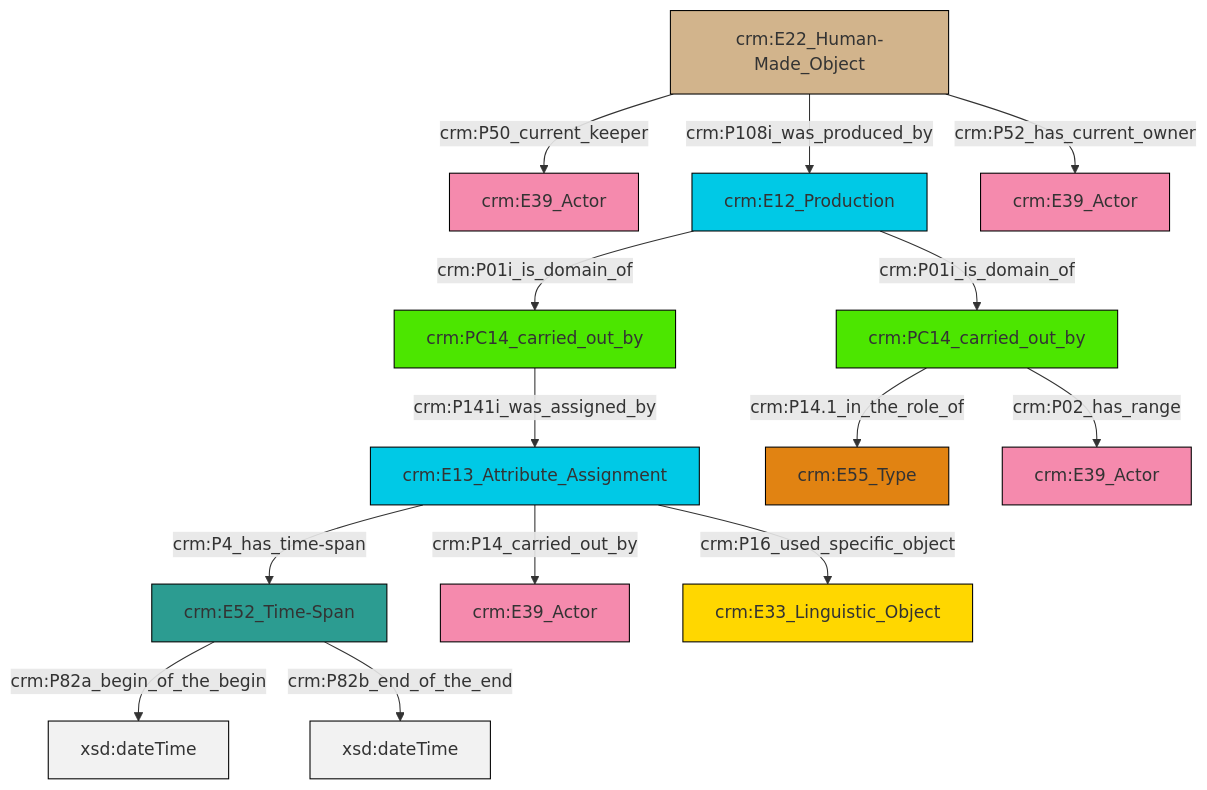
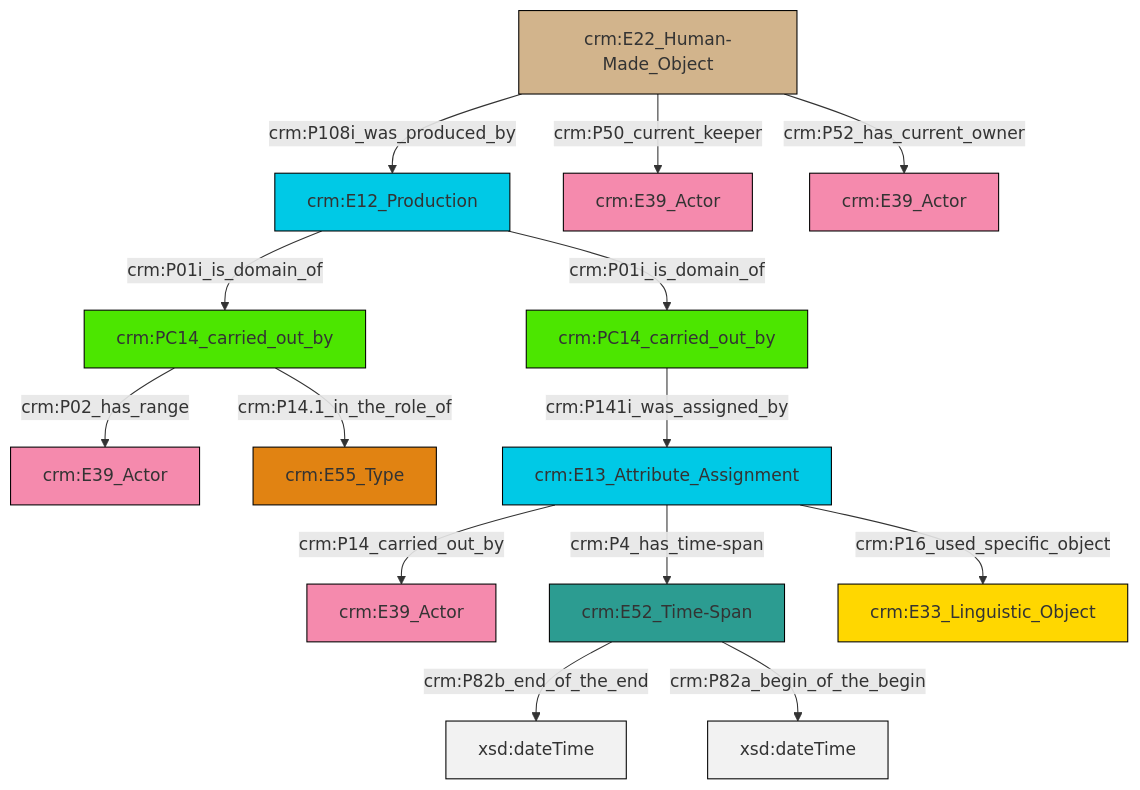
The diagram in et/carrierCSV/ttl/mmd/carrier_relations.ttl.mmd (swiss-art-research-net/docs.swissartresearch), drawn with Mermaid before and after one commit. The commit also changed 175 other files, not shown here.

```diff
--- a/et/carrierCSV/ttl/mmd/carrier_relations.ttl.mmd
+++ b/et/carrierCSV/ttl/mmd/carrier_relations.ttl.mmd
@@ -1,28 +1,28 @@
 graph TD
 classDef Literal fill:#f2f2f2,stroke:#000000;
 classDef CRM_Entity fill:#FFFFFF,stroke:#000000;
 classDef Temporal_Entity fill:#00C9E6, stroke:#000000;
 classDef Type fill:#E18312, stroke:#000000;
 classDef Time-Span fill:#2C9C91, stroke:#000000;
 classDef Appellation fill:#FFEB7F, stroke:#000000;
 classDef Place fill:#008836, stroke:#000000;
 classDef Persistent_Item fill:#B266B2, stroke:#000000;
 classDef Conceptual_Object fill:#FFD700, stroke:#000000;
 classDef Physical_Thing fill:#D2B48C, stroke:#000000;
 classDef Actor fill:#f58aad, stroke:#000000;
 classDef PC_Classes fill:#4ce600, stroke:#000000;
 classDef Multi fill:#cccccc,stroke:#000000;
 
-0["crm:E52_Time-Span"]:::Time-Span -->|crm:P82a_begin_of_the_begin| 1[xsd:dateTime]:::Literal
-4["crm:E13_Attribute_Assignment"]:::Temporal_Entity -->|crm:P14_carried_out_by| 2["crm:E39_Actor"]:::Actor
-8["crm:PC14_carried_out_by"]:::PC_Classes -->|crm:P141i_was_assigned_by| 4["crm:E13_Attribute_Assignment"]:::Temporal_Entity
-9["crm:E22_Human-Made_Object"]:::Physical_Thing -->|crm:P50_current_keeper| 5["crm:E39_Actor"]:::Actor
-10["crm:E12_Production"]:::Temporal_Entity -->|crm:P01i_is_domain_of| 11["crm:PC14_carried_out_by"]:::PC_Classes
-0["crm:E52_Time-Span"]:::Time-Span -->|crm:P82b_end_of_the_end| 12[xsd:dateTime]:::Literal
-10["crm:E12_Production"]:::Temporal_Entity -->|crm:P01i_is_domain_of| 8["crm:PC14_carried_out_by"]:::PC_Classes
-4["crm:E13_Attribute_Assignment"]:::Temporal_Entity -->|crm:P16_used_specific_object| 19["crm:E33_Linguistic_Object"]:::Conceptual_Object
-11["crm:PC14_carried_out_by"]:::PC_Classes -->|crm:P02_has_range| 20["crm:E39_Actor"]:::Actor
-9["crm:E22_Human-Made_Object"]:::Physical_Thing -->|crm:P52_has_current_owner| 13["crm:E39_Actor"]:::Actor
-9["crm:E22_Human-Made_Object"]:::Physical_Thing -->|crm:P108i_was_produced_by| 10["crm:E12_Production"]:::Temporal_Entity
-4["crm:E13_Attribute_Assignment"]:::Temporal_Entity -->|crm:P4_has_time-span| 0["crm:E52_Time-Span"]:::Time-Span
-11["crm:PC14_carried_out_by"]:::PC_Classes -->|crm:P14.1_in_the_role_of| 15["crm:E55_Type"]:::Type
+2["crm:PC14_carried_out_by"]:::PC_Classes -->|crm:P02_has_range| 3["crm:E39_Actor"]:::Actor
+6["crm:E13_Attribute_Assignment"]:::Temporal_Entity -->|crm:P14_carried_out_by| 7["crm:E39_Actor"]:::Actor
+8["crm:E12_Production"]:::Temporal_Entity -->|crm:P01i_is_domain_of| 2["crm:PC14_carried_out_by"]:::PC_Classes
+2["crm:PC14_carried_out_by"]:::PC_Classes -->|crm:P14.1_in_the_role_of| 9["crm:E55_Type"]:::Type
+10["crm:E22_Human-Made_Object"]:::Physical_Thing -->|crm:P108i_was_produced_by| 8["crm:E12_Production"]:::Temporal_Entity
+11["crm:PC14_carried_out_by"]:::PC_Classes -->|crm:P141i_was_assigned_by| 6["crm:E13_Attribute_Assignment"]:::Temporal_Entity
+10["crm:E22_Human-Made_Object"]:::Physical_Thing -->|crm:P50_current_keeper| 4["crm:E39_Actor"]:::Actor
+19["crm:E52_Time-Span"]:::Time-Span -->|crm:P82b_end_of_the_end| 20[xsd:dateTime]:::Literal
+6["crm:E13_Attribute_Assignment"]:::Temporal_Entity -->|crm:P4_has_time-span| 19["crm:E52_Time-Span"]:::Time-Span
+6["crm:E13_Attribute_Assignment"]:::Temporal_Entity -->|crm:P16_used_specific_object| 0["crm:E33_Linguistic_Object"]:::Conceptual_Object
+19["crm:E52_Time-Span"]:::Time-Span -->|crm:P82a_begin_of_the_begin| 24[xsd:dateTime]:::Literal
+8["crm:E12_Production"]:::Temporal_Entity -->|crm:P01i_is_domain_of| 11["crm:PC14_carried_out_by"]:::PC_Classes
+10["crm:E22_Human-Made_Object"]:::Physical_Thing -->|crm:P52_has_current_owner| 12["crm:E39_Actor"]:::Actor
```
